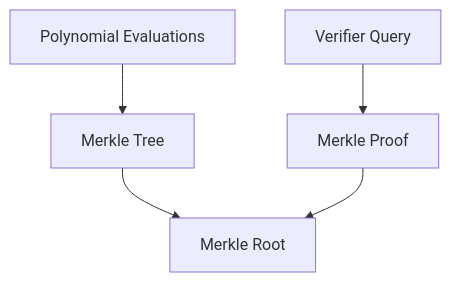
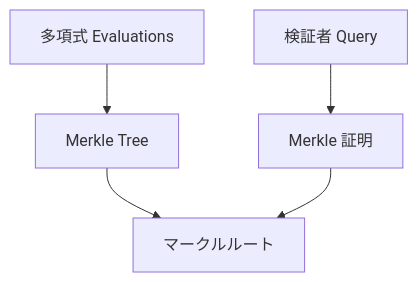
Diagram 13 of 43 in docs/whitepaper/09-technology.md (ShigeichiroYamasaki/creator-first-platform), drawn with Mermaid before and after one commit. The commit also changed other lines of this file and 72 other files, not shown here.

````diff
--- a/docs/whitepaper/09-technology.md
+++ b/docs/whitepaper/09-technology.md
@@ -594,11 +594,11 @@
 ```mermaid
 flowchart TD
-    VALUES[Polynomial Evaluations]
+    VALUES[多項式 Evaluations]
     TREE[Merkle Tree]
-    ROOT[Merkle Root]
+    ROOT[マークルルート]
 
     VALUES --> TREE --> ROOT
 
-    QUERY[Verifier Query] --> PATH[Merkle Proof]
+    QUERY[検証者 Query] --> PATH[Merkle 証明]
     PATH --> ROOT
 ```
````
